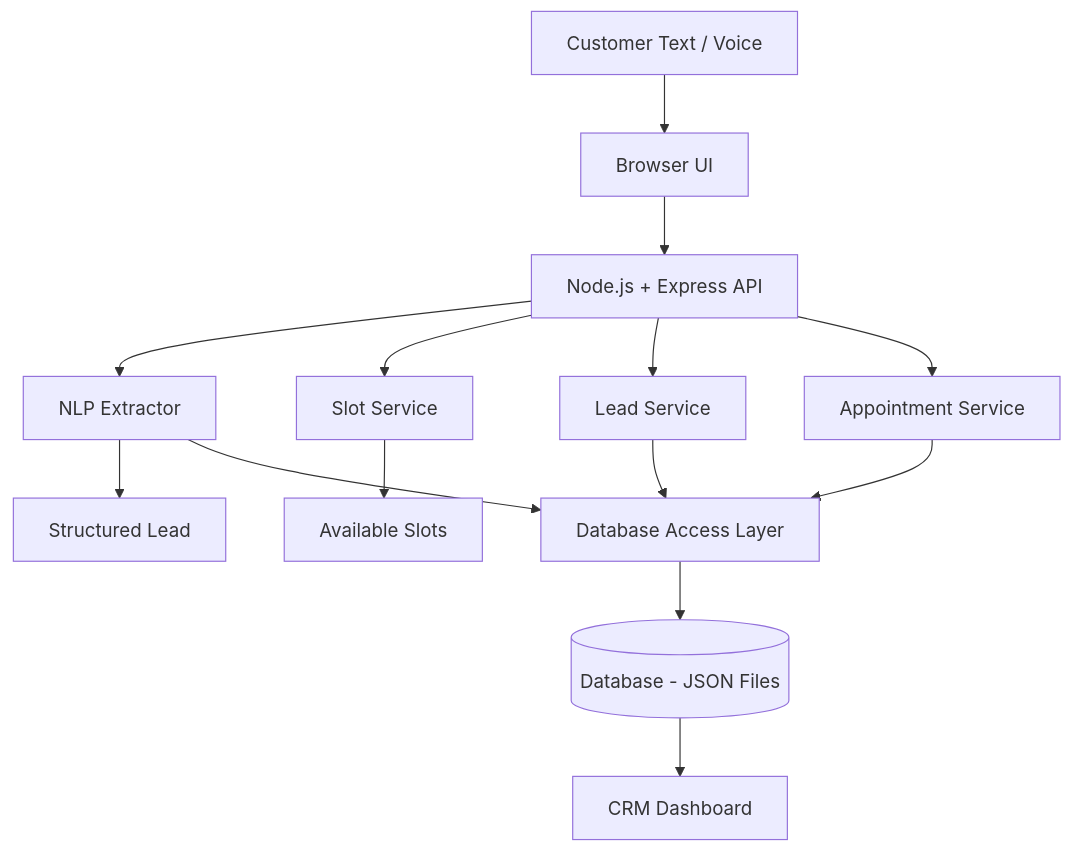
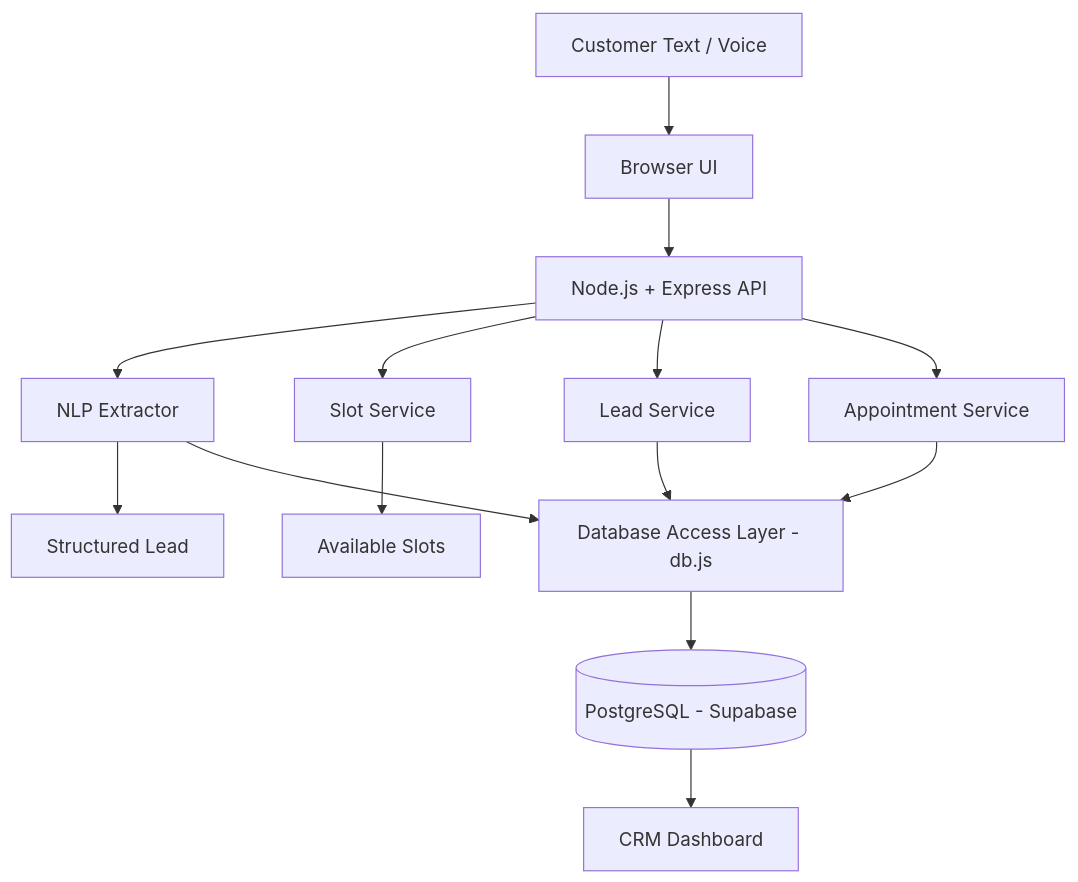
One commit to MUDIT122333/AI-appointment-CRM-Project changed the diagram in README.md. Above: the diagram before and after it, drawn with Mermaid. The commit also changed other lines of this file, not shown here.

````diff
--- a/README.md
+++ b/README.md
@@ -47,21 +56,21 @@
 ```mermaid
 flowchart TD
     A[Customer Text / Voice] --> B[Browser UI]
     B --> C[Node.js + Express API]
 
     C --> D[NLP Extractor]
     C --> E[Slot Service]
     C --> F[Lead Service]
     C --> G[Appointment Service]
 
     D --> H[Structured Lead]
     E --> I[Available Slots]
 
-    F --> J[Database Access Layer]
+    F --> J[Database Access Layer - db.js]
     G --> J
     D --> J
 
-    J --> K[(Database - JSON Files)]
+    J --> K[(PostgreSQL - Supabase)]
 
     K --> L[CRM Dashboard]
 ```
````
